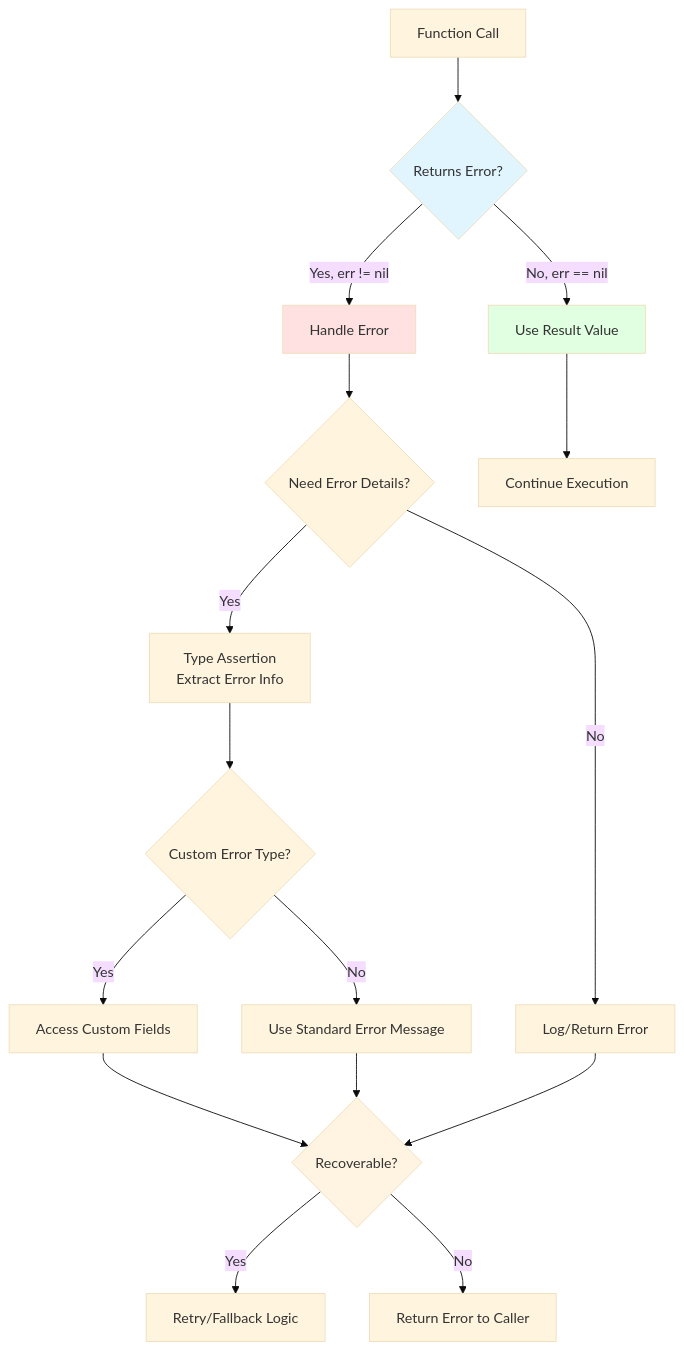
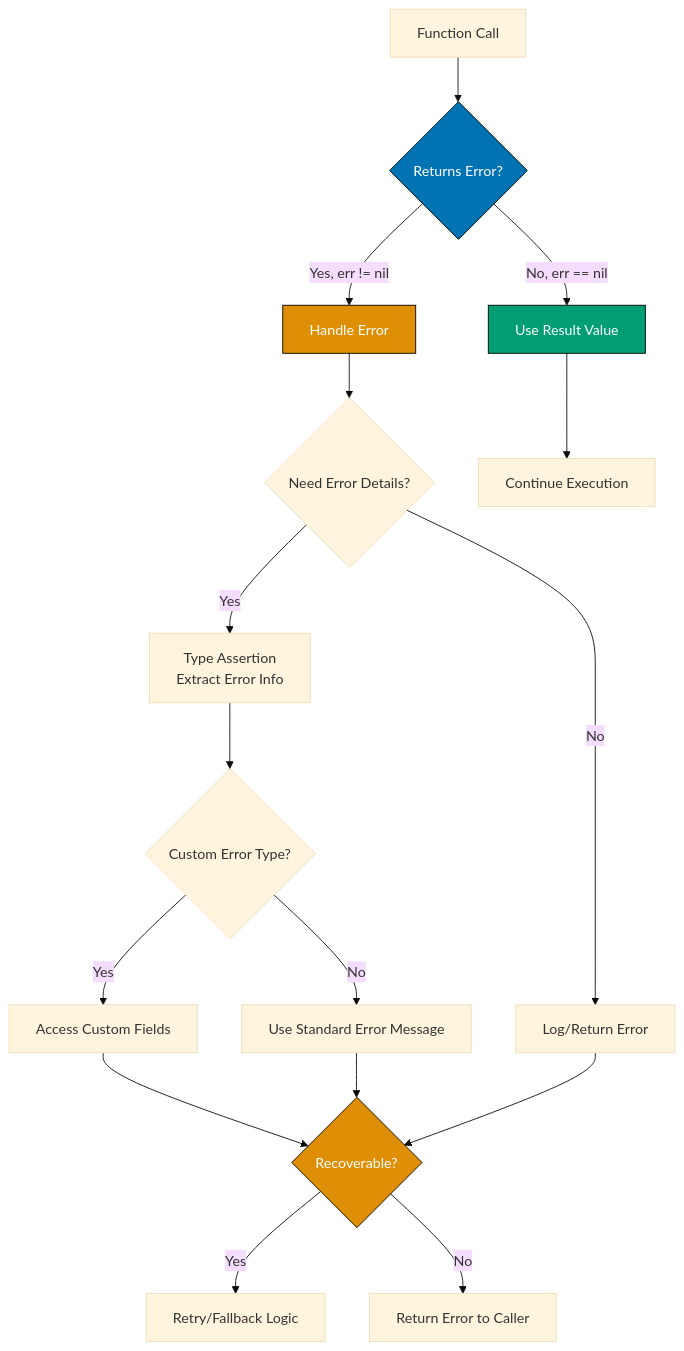
Before and after one commit to wahidyankf/open-sharia-enterprise: the third of 6 diagrams in docs/tutorials/software-engineering/programming-languages/golang/tu-soen-prla-gola__beginner.md, drawn with Mermaid (base theme). The commit also changed other lines of this file and 22 other files, not shown here.

First line of the commit message:
docs(diagrams): ensure all mermaid diagrams use color-blind friendly palette

````diff
--- a/docs/tutorials/software-engineering/programming-languages/golang/tu-soen-prla-gola__beginner.md
+++ b/docs/tutorials/software-engineering/programming-languages/golang/tu-soen-prla-gola__beginner.md
@@ -960,28 +975,28 @@
 ```mermaid
 graph TD
     Start[Function Call] --> Check{Returns Error?}
     Check -->|Yes, err != nil| Handle[Handle Error]
     Check -->|No, err == nil| Success[Use Result Value]
 
     Handle --> TypeCheck{Need Error Details?}
     TypeCheck -->|Yes| Assert[Type Assertion<br/>Extract Error Info]
     TypeCheck -->|No| Log[Log/Return Error]
 
     Assert --> Custom{Custom Error Type?}
     Custom -->|Yes| Extract[Access Custom Fields]
     Custom -->|No| Standard[Use Standard Error Message]
 
     Extract --> Decision{Recoverable?}
     Standard --> Decision
     Log --> Decision
 
     Decision -->|Yes| Retry[Retry/Fallback Logic]
     Decision -->|No| Propagate[Return Error to Caller]
 
     Success --> Continue[Continue Execution]
 
-    style Check fill:#e1f5ff
-    style Handle fill:#ffe1e1
-    style Success fill:#e1ffe1
-    style Decision fill:#fff4e1
+    style Check fill:#0173B2,stroke:#000000,color:#FFFFFF
+    style Handle fill:#DE8F05,stroke:#000000,color:#FFFFFF
+    style Success fill:#029E73,stroke:#000000,color:#FFFFFF
+    style Decision fill:#DE8F05,stroke:#000000,color:#FFFFFF
 ```
````
